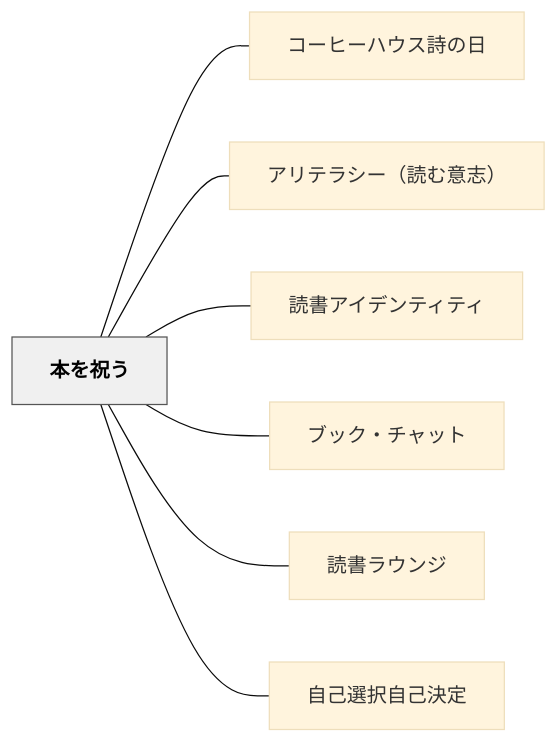
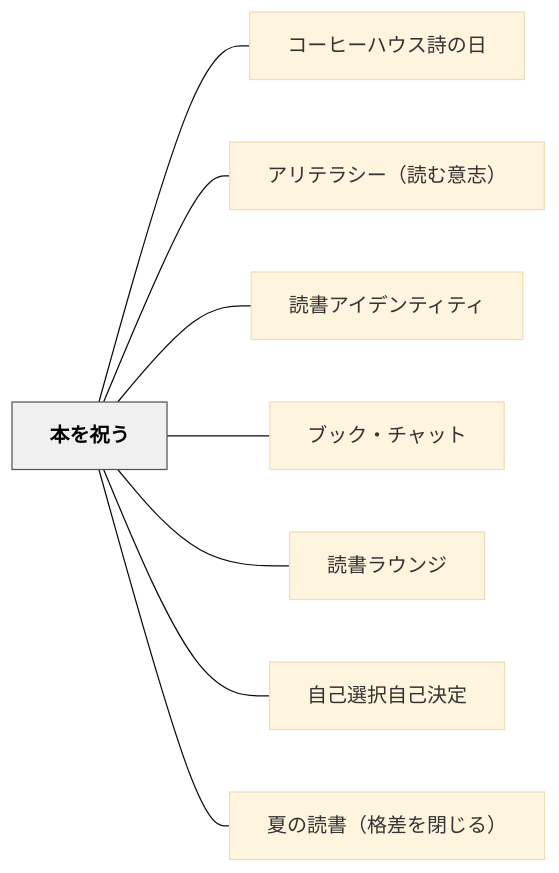
One commit to unknownthings-ed-patterns/unknownthings-ed-patterns changed the diagram in content/パタン/本を祝う.md. Above: the diagram before and after it, drawn with Mermaid (base theme). The commit also changed other lines of this file and 2 other files, not shown here.

Commit message:
auto: Obsidianから同期 2026-06-11 04:54

````diff
--- a/content/パタン/本を祝う.md
+++ b/content/パタン/本を祝う.md
@@ -190,20 +191,22 @@
 ```mermaid
 flowchart LR
     ne69cace38292e7a59de38186["本を祝う"]
     ne382b3e383bce38392e383bce3838fe382a6e382b9e8a9a9e381aee697a5["コーヒーハウス詩の日"]
     ne382a2e383aae38386e383a9e382b7e383bcefbc88e8aaade38280e6848fe5bf97efbc89["アリテラシー（読む意志）"]
     ne8aaade69bb8e382a2e382a4e38387e383b3e38386e382a3e38386e382a3["読書アイデンティティ"]
     ne38396e38383e382afe383bbe38381e383a3e38383e38388["ブック・チャット"]
     ne8aaade69bb8e383a9e382a6e383b3e382b8["読書ラウンジ"]
     ne887aae5b7b1e981b8e68a9ee887aae5b7b1e6b1bae5ae9a["自己選択自己決定"]
+    ne5a48fe381aee8aaade69bb8efbc88e6a0bce5b7aee38292e99689e38198e3828befbc89["夏の読書（格差を閉じる）"]
 
     ne69cace38292e7a59de38186 --- ne382b3e383bce38392e383bce3838fe382a6e382b9e8a9a9e381aee697a5
     ne69cace38292e7a59de38186 --- ne382a2e383aae38386e383a9e382b7e383bcefbc88e8aaade38280e6848fe5bf97efbc89
     ne69cace38292e7a59de38186 --- ne8aaade69bb8e382a2e382a4e38387e383b3e38386e382a3e38386e382a3
     ne69cace38292e7a59de38186 --- ne38396e38383e382afe383bbe38381e383a3e38383e38388
     ne69cace38292e7a59de38186 --- ne8aaade69bb8e383a9e382a6e383b3e382b8
     ne69cace38292e7a59de38186 --- ne887aae5b7b1e981b8e68a9ee887aae5b7b1e6b1bae5ae9a
+    ne69cace38292e7a59de38186 --- ne5a48fe381aee8aaade69bb8efbc88e6a0bce5b7aee38292e99689e38198e3828befbc89
 
     classDef hub fill:#f0f0f0,stroke:#555,color:#000,font-weight:bold
     class ne69cace38292e7a59de38186 hub
 ```
````
